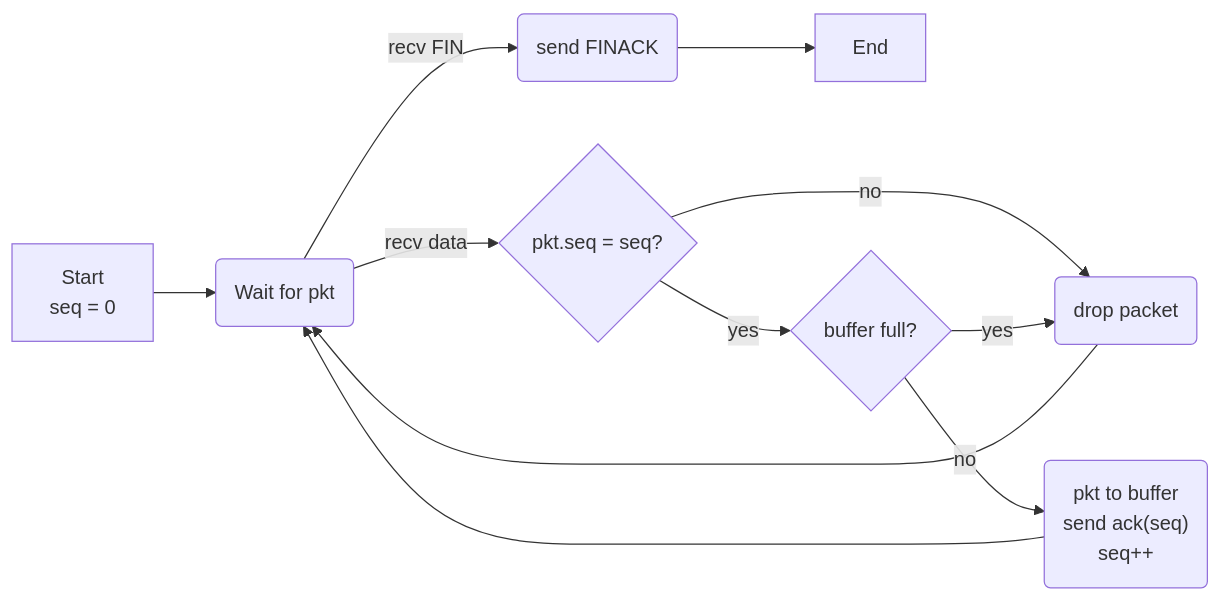
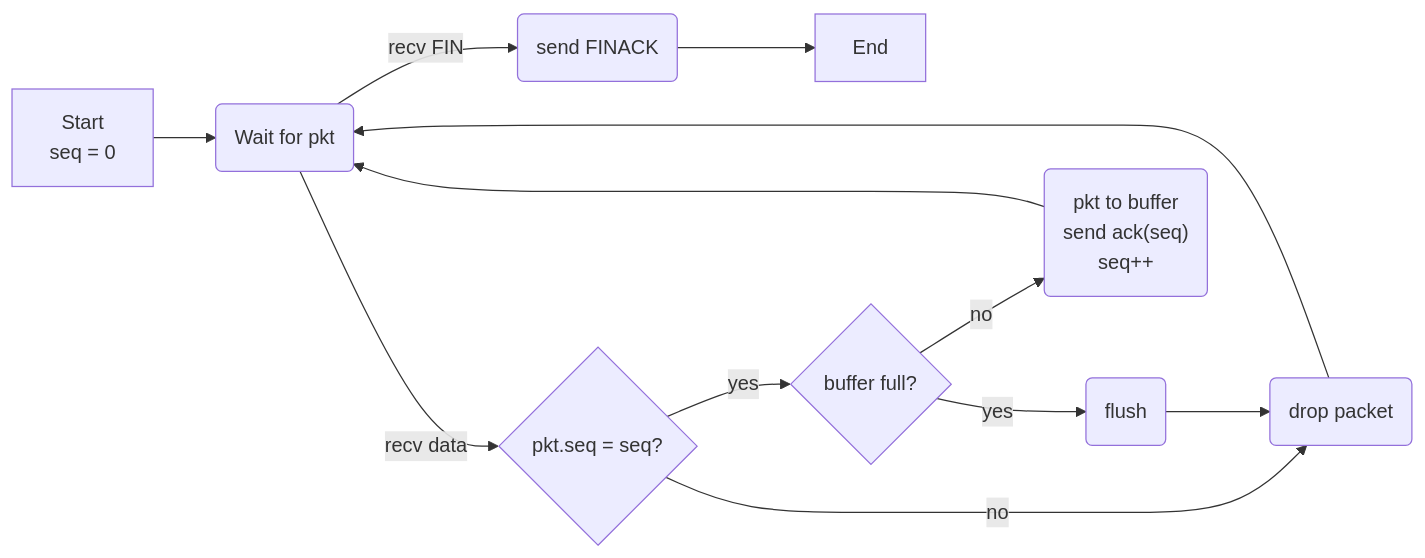
Before and after one commit to henlium/CN_HW2_2017: the third of 3 diagrams in report.md, drawn with Mermaid. The commit also changed other lines of this file and 1 other file, not shown here.

````diff
--- a/report.md
+++ b/report.md
@@ -74,13 +74,14 @@
   ```mermaid
   graph LR
   S[Start<br>seq = 0]-->A(Wait for pkt)
   A-->|recv FIN|E(send FINACK)
   E-->End
   A-->|recv data|F{pkt.seq = seq?}
   F-->|yes|B{buffer full?}
-  F-->|no|C
-  B-->|yes|C(drop packet)
-  C-->A
+  F-->|no|C(drop packet)
+  B-->|yes|G(flush)
+  G-->C
   B-->|no|D("pkt to buffer<br>send ack(seq)<br>seq++")
   D-->A
+  C-->A
   ```
````
